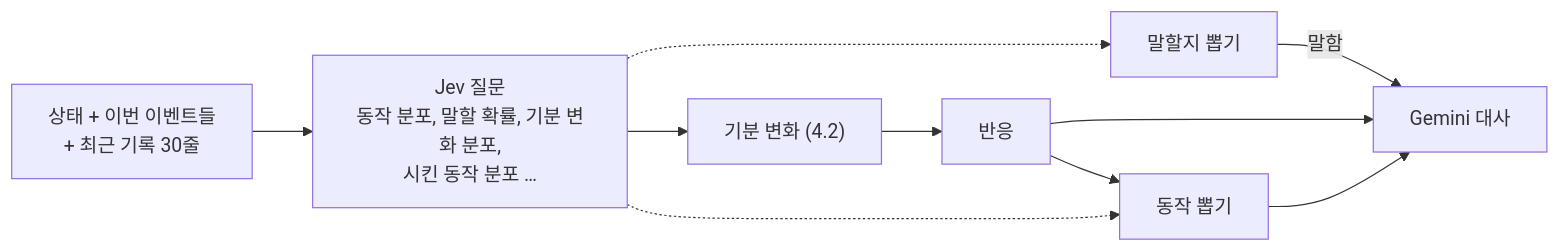
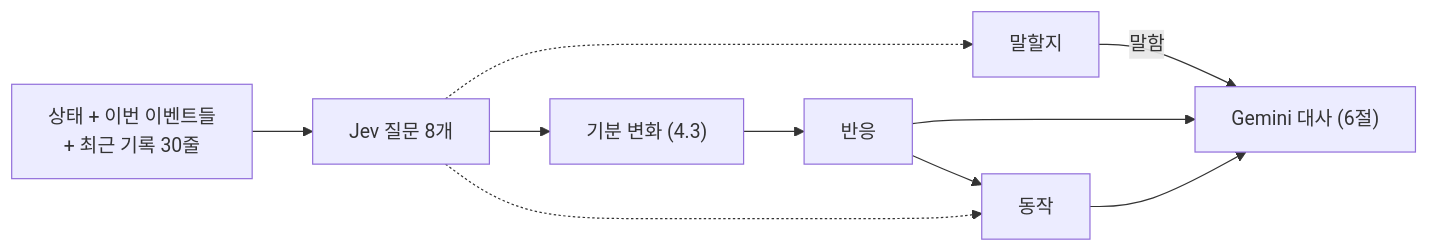
One commit to HEOSEONGILml/AssistantChatBot changed the fourth of 9 diagrams in ARCHITECTURE.md. Above: the diagram before and after it, drawn with Mermaid. The commit also changed other lines of this file, not shown here.

Commit message:
docs: ARCHITECTURE 새로 작성(구조·동작만, 코드와 대조, 검수 이력은 요약 문서로)

````diff
--- a/ARCHITECTURE.md
+++ b/ARCHITECTURE.md
@@ -190,12 +200,12 @@
 ```mermaid
 flowchart LR
-  IN["상태 + 이번 이벤트들<br>+ 최근 기록 30줄"] --> JEV["Jev 질문<br>동작 분포, 말할 확률, 기분 변화 분포,<br>시킨 동작 분포 …"]
-  JEV --> DM["기분 변화 (4.2)"]
+  IN["상태 + 이번 이벤트들<br>+ 최근 기록 30줄"] --> JEV["Jev 질문 8개"]
+  JEV --> DM["기분 변화 (4.3)"]
   DM --> R["반응"]
-  R --> A["동작 뽑기"]
+  R --> A["동작"]
   JEV -.-> A
-  JEV -.-> S["말할지 뽑기"]
-  S -->|"말함"| U["Gemini 대사"]
+  JEV -.-> S["말할지"]
+  S -->|"말함"| U["Gemini 대사 (6절)"]
   R --> U
   A --> U
 ```
````
